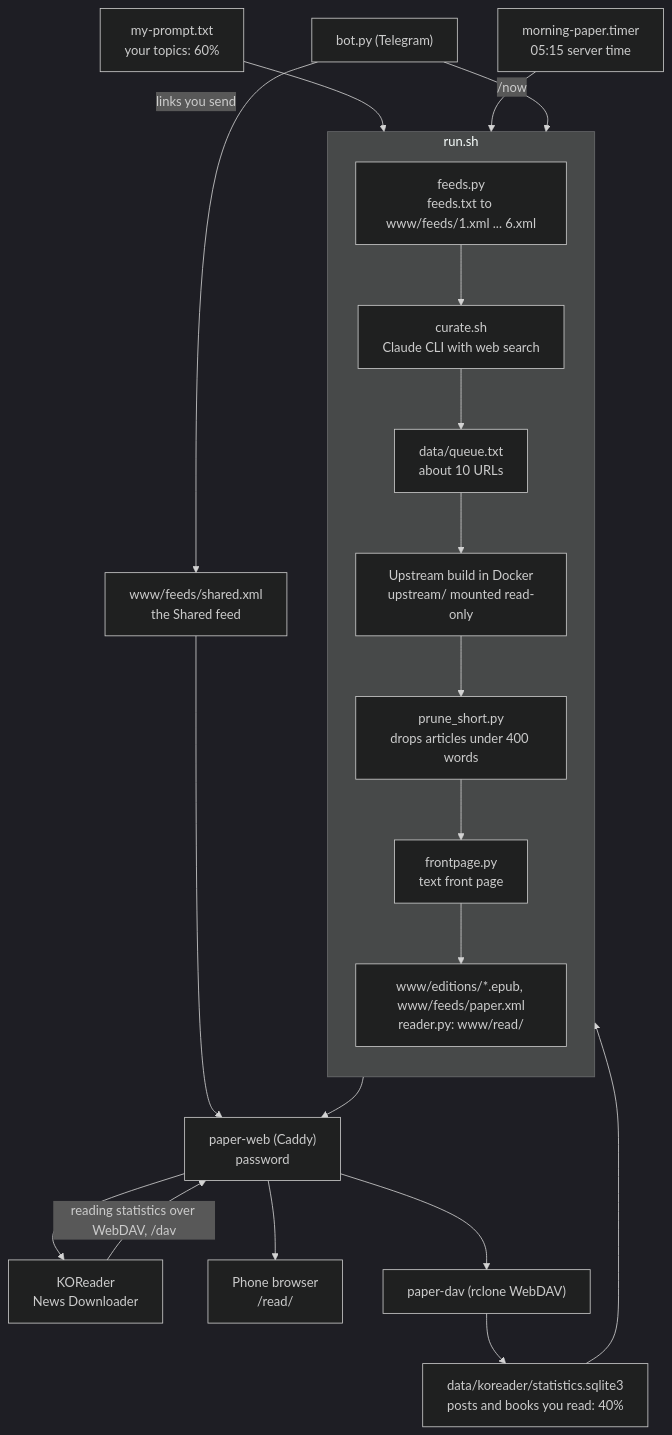
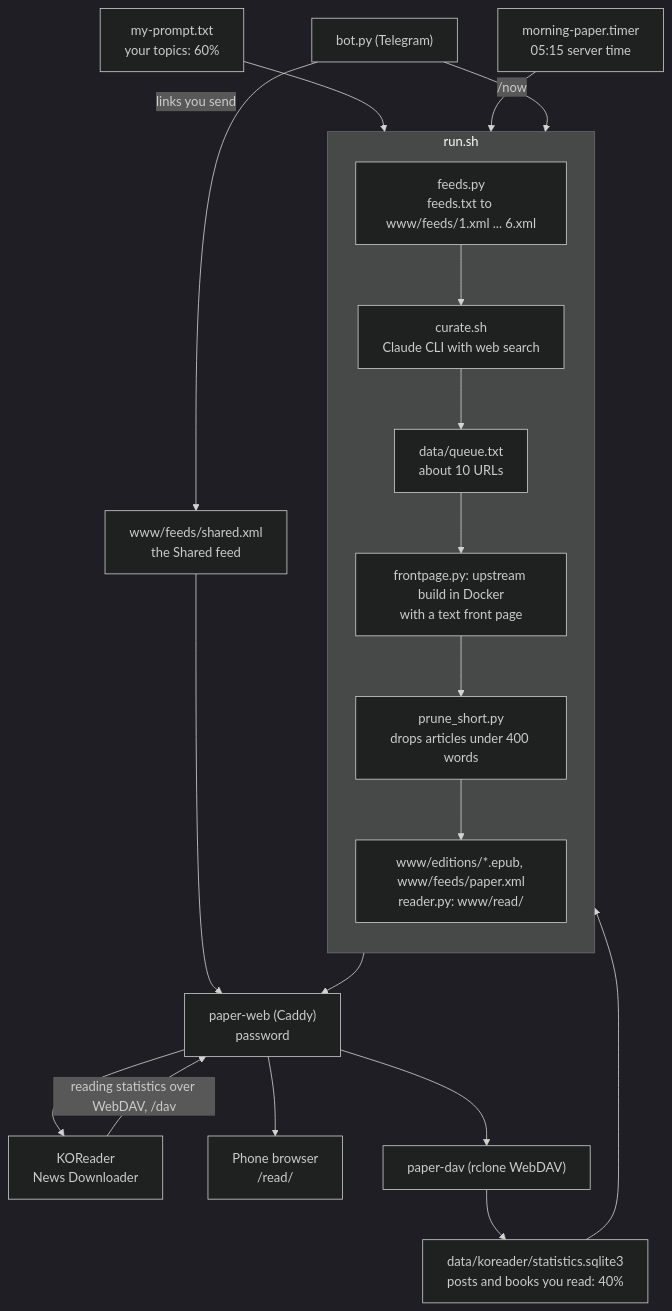
Before and after one commit to haziqhilmismail/morning-paper: the first of 2 diagrams in README.md, drawn with Mermaid (dark theme). The commit also changed other lines of this file and 6 other files, not shown here.

First line of the commit message:
Run the upstream build with the text front page, and lead with the top-ranked story

````diff
--- a/README.md
+++ b/README.md
@@ -15,28 +15,27 @@
 ```mermaid
 flowchart TD
 	timer["morning-paper.timer<br/>05:15 server time"] --> run
 	bot["bot.py (Telegram)"] -- "/now" --> run
 	bot -- "links you send" --> shared["www/feeds/shared.xml<br/>the Shared feed"]
 
 	subgraph run["run.sh"]
 		direction TB
 		feedspy["feeds.py<br/>feeds.txt to www/feeds/1.xml ... 6.xml"]
 		curate["curate.sh<br/>Claude CLI with web search"]
 		queue["data/queue.txt<br/>about 10 URLs"]
-		build["Upstream build in Docker<br/>upstream/ mounted read-only"]
+		build["frontpage.py: upstream build in Docker<br/>with a text front page"]
 		prune["prune_short.py<br/>drops articles under 400 words"]
-		front["frontpage.py<br/>text front page"]
 		publish["www/editions/*.epub, www/feeds/paper.xml<br/>reader.py: www/read/"]
-		feedspy --> curate --> queue --> build --> prune --> front --> publish
+		feedspy --> curate --> queue --> build --> prune --> publish
 	end
 
 	prompt["my-prompt.txt<br/>your topics: 60%"] --> curate
 	stats["data/koreader/statistics.sqlite3<br/>posts and books you read: 40%"] --> curate
 	shared --> web
 
 	publish --> web["paper-web (Caddy)<br/>password"]
 	web --> koreader["KOReader<br/>News Downloader"]
 	web --> phone["Phone browser<br/>/read/"]
 	koreader -- "reading statistics over WebDAV, /dav" --> web
 	web --> dav["paper-dav (rclone WebDAV)"] --> stats
 ```
````
